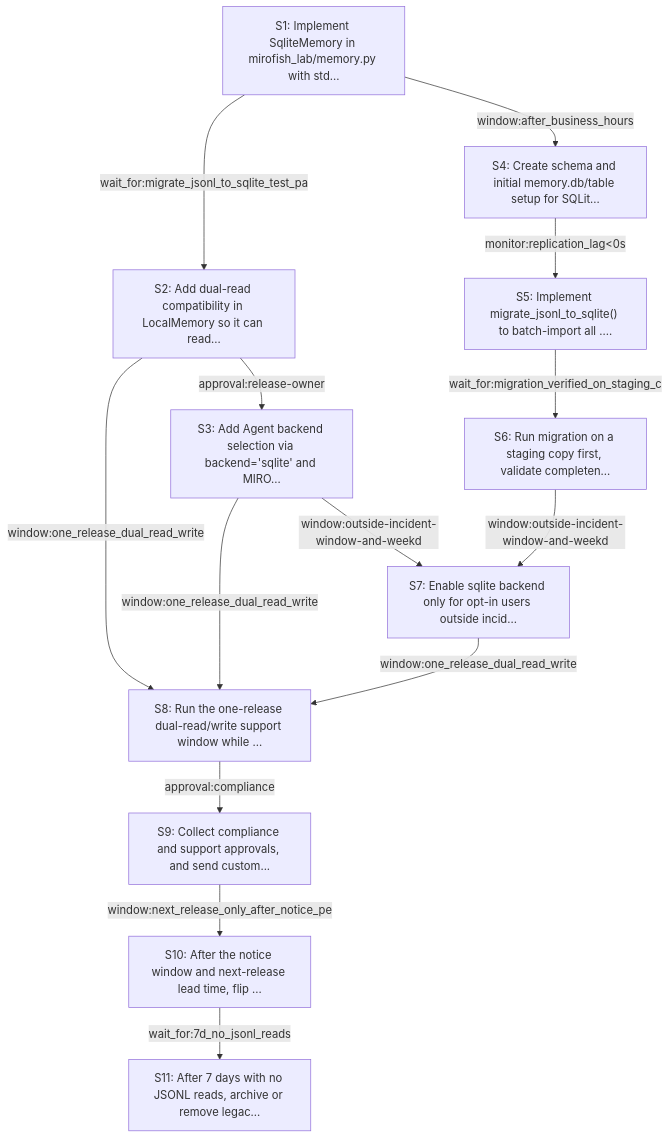
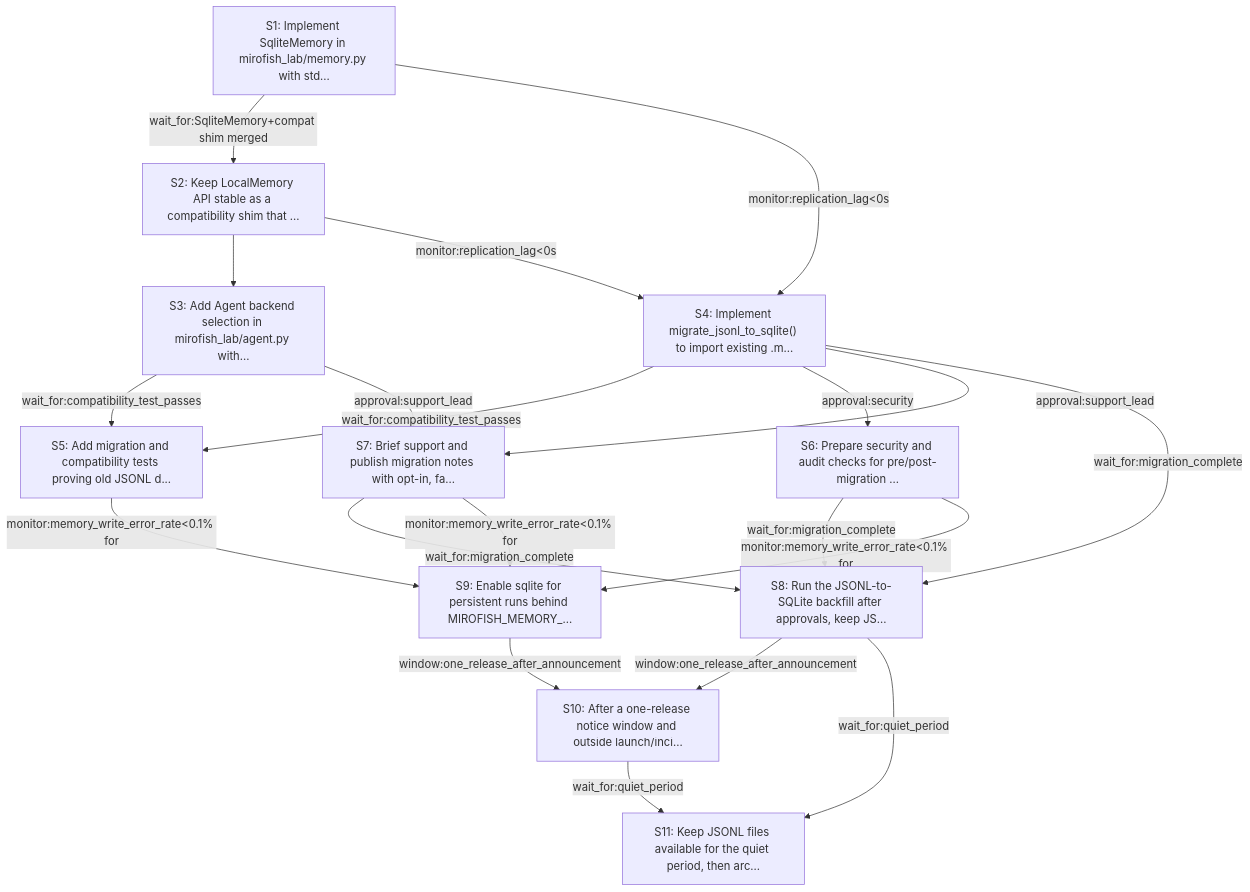
One commit to N3mes1s/Playground changed the diagram in rollout-rehearsal/reports/intent_sqlite_memory_migration.md. Above: the diagram before and after it, drawn with Mermaid. The commit also changed other lines of this file and 28 other files, not shown here.

````diff
--- a/rollout-rehearsal/reports/intent_sqlite_memory_migration.md
+++ b/rollout-rehearsal/reports/intent_sqlite_memory_migration.md
@@ -59,27 +59,33 @@
 ```mermaid
 flowchart TD
     S1["S1: Implement SqliteMemory in mirofish_lab/memory.py with std..."]
-    S2["S2: Add dual-read compatibility in LocalMemory so it can read..."]
-    S1 -->|wait_for:migrate_jsonl_to_sqlite_test_pa| S2
-    S3["S3: Add Agent backend selection via backend='sqlite' and MIRO..."]
-    S2 -->|approval:release-owner| S3
-    S4["S4: Create schema and initial memory.db/table setup for SQLit..."]
-    S1 -->|window:after_business_hours| S4
-    S5["S5: Implement migrate_jsonl_to_sqlite() to batch-import all ...."]
-    S4 -->|monitor:replication_lag<0s| S5
-    S6["S6: Run migration on a staging copy first, validate completen..."]
-    S5 -->|wait_for:migration_verified_on_staging_c| S6
-    S7["S7: Enable sqlite backend only for opt-in users outside incid..."]
-    S3 -->|window:outside-incident-window-and-weekd| S7
-    S6 -->|window:outside-incident-window-and-weekd| S7
-    S8["S8: Run the one-release dual-read/write support window while ..."]
-    S2 -->|window:one_release_dual_read_write| S8
-    S3 -->|window:one_release_dual_read_write| S8
-    S7 -->|window:one_release_dual_read_write| S8
-    S9["S9: Collect compliance and support approvals, and send custom..."]
-    S8 -->|approval:compliance| S9
-    S10["S10: After the notice window and next-release lead time, flip ..."]
-    S9 -->|window:next_release_only_after_notice_pe| S10
-    S11["S11: After 7 days with no JSONL reads, archive or remove legac..."]
-    S10 -->|wait_for:7d_no_jsonl_reads| S11
+    S2["S2: Keep LocalMemory API stable as a compatibility shim that ..."]
+    S1 -->|wait_for:SqliteMemory+compat shim merged| S2
+    S3["S3: Add Agent backend selection in mirofish_lab/agent.py with..."]
+    S2 --> S3
+    S4["S4: Implement migrate_jsonl_to_sqlite() to import existing .m..."]
+    S1 -->|monitor:replication_lag<0s| S4
+    S2 -->|monitor:replication_lag<0s| S4
+    S5["S5: Add migration and compatibility tests proving old JSONL d..."]
+    S3 -->|wait_for:compatibility_test_passes| S5
+    S4 -->|wait_for:compatibility_test_passes| S5
+    S6["S6: Prepare security and audit checks for pre/post-migration ..."]
+    S4 -->|approval:security| S6
+    S7["S7: Brief support and publish migration notes with opt-in, fa..."]
+    S3 -->|approval:support_lead| S7
+    S4 -->|approval:support_lead| S7
+    S8["S8: Run the JSONL-to-SQLite backfill after approvals, keep JS..."]
+    S4 -->|wait_for:migration_complete| S8
+    S6 -->|wait_for:migration_complete| S8
+    S7 -->|wait_for:migration_complete| S8
+    S9["S9: Enable sqlite for persistent runs behind MIROFISH_MEMORY_..."]
+    S5 -->|monitor:memory_write_error_rate<0.1% for| S9
+    S6 -->|monitor:memory_write_error_rate<0.1% for| S9
+    S7 -->|monitor:memory_write_error_rate<0.1% for| S9
+    S10["S10: After a one-release notice window and outside launch/inci..."]
+    S8 -->|window:one_release_after_announcement| S10
+    S9 -->|window:one_release_after_announcement| S10
+    S11["S11: Keep JSONL files available for the quiet period, then arc..."]
+    S8 -->|wait_for:quiet_period| S11
+    S10 -->|wait_for:quiet_period| S11
 ```
````
